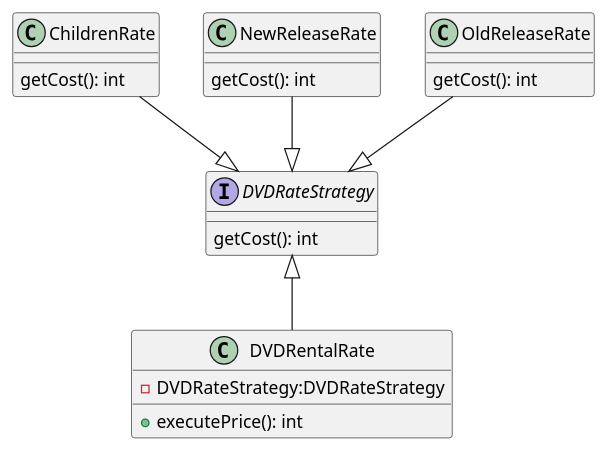
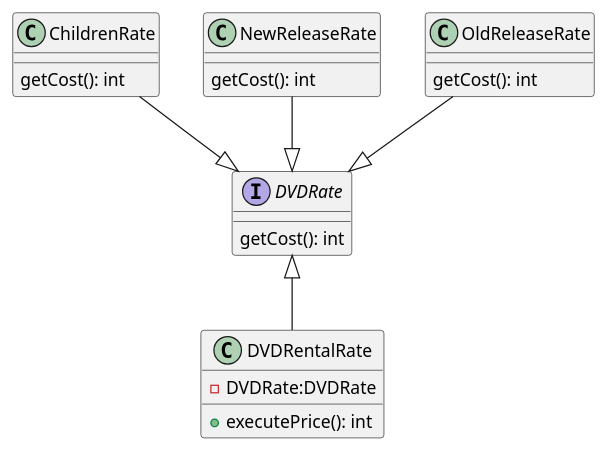
One commit to Kenzki/design-patterns-dvd-rental-system changed the diagram in src/Strategy Class Diagram.puml. Above: the diagram before and after it, drawn with PlantUML. The commit also changed 7 other files, not shown here.

```diff
--- a/src/Strategy Class Diagram.puml
+++ b/src/Strategy Class Diagram.puml
@@ -1,32 +1,32 @@
 @startuml
 
 
-interface DVDRateStrategy{
+interface DVDRate{
 getCost(): int
 }
 class ChildrenRate{
 getCost(): int
 }
 class NewReleaseRate{
 getCost(): int
 }
 class OldReleaseRate{
 getCost(): int
 }
 class DVDRentalRate{
--DVDRateStrategy:DVDRateStrategy
+-DVDRate:DVDRate
 +executePrice(): int
 }
 
 
 
-NewReleaseRate --|> DVDRateStrategy
-OldReleaseRate --|> DVDRateStrategy
-ChildrenRate --|> DVDRateStrategy
-DVDRateStrategy <|-- DVDRentalRate
+NewReleaseRate --|> DVDRate
+OldReleaseRate --|> DVDRate
+ChildrenRate --|> DVDRate
+DVDRate <|-- DVDRentalRate
 
 
 
 
 
 @enduml
```
